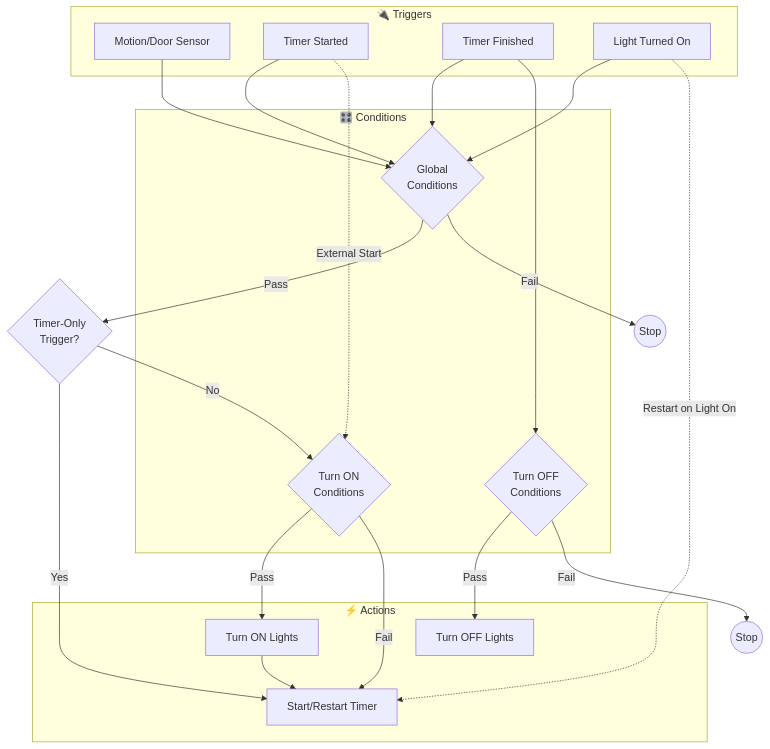
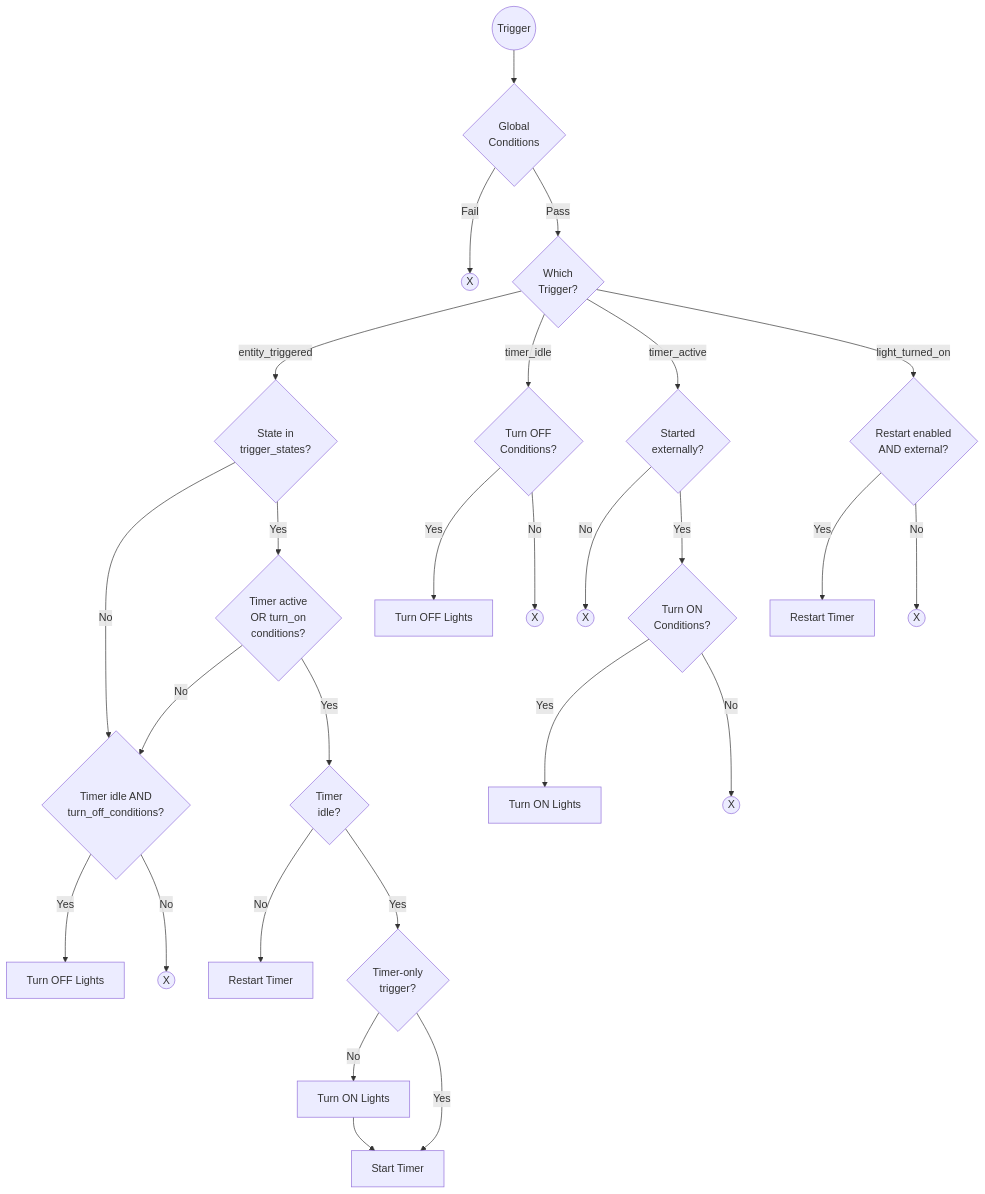
Before and after one commit to dimatx/home-assistant: the diagram in README.md, drawn with Mermaid.

Commit message:
fix mermaid diagram

````diff
--- a/README.md
+++ b/README.md
@@ -90,44 +90,37 @@
 ```mermaid
 flowchart TD
-    subgraph Triggers["🔌 Triggers"]
-        T1["Motion/Door Sensor"]
-        T2["Timer Started"]
-        T3["Timer Finished"]
-        T4["Light Turned On"]
-    end
+    START(("Trigger")) --> GC{"Global<br/>Conditions"}
+    GC -->|Fail| STOP(("X"))
+    GC -->|Pass| WHICH{"Which<br/>Trigger?"}
 
-    subgraph Conditions["🎛️ Conditions"]
-        GC{"Global<br/>Conditions"}
-        ON{"Turn ON<br/>Conditions"}
-        OFF{"Turn OFF<br/>Conditions"}
-    end
+    %% entity_triggered path
+    WHICH -->|entity_triggered| STATE{"State in<br/>trigger_states?"}
+    STATE -->|No| B4_CHECK
+    STATE -->|Yes| ACTIVE{"Timer active<br/>OR turn_on<br/>conditions?"}
+    ACTIVE -->|No| B4_CHECK{"Timer idle AND<br/>turn_off_conditions?"}
+    ACTIVE -->|Yes| IDLE{"Timer<br/>idle?"}
+    IDLE -->|No| TIMER["Restart Timer"]
+    IDLE -->|Yes| TIMERONLY{"Timer-only<br/>trigger?"}
+    TIMERONLY -->|No| LIGHTON["Turn ON Lights"] --> TIMER2["Start Timer"]
+    TIMERONLY -->|Yes| TIMER2
+    
+    B4_CHECK -->|Yes| LIGHTOFF2["Turn OFF Lights"]
+    B4_CHECK -->|No| STOP2(("X"))
 
-    subgraph Actions["⚡ Actions"]
-        A1["Start/Restart Timer"]
-        A2["Turn ON Lights"]
-        A3["Turn OFF Lights"]
-    end
+    %% timer_idle path
+    WHICH -->|timer_idle| OFFCHECK{"Turn OFF<br/>Conditions?"}
+    OFFCHECK -->|Yes| LIGHTOFF["Turn OFF Lights"]
+    OFFCHECK -->|No| STOP3(("X"))
 
-    T1 --> GC
-    T2 --> GC
-    T3 --> GC
-    T4 --> GC
+    %% timer_active path - external only
+    WHICH -->|timer_active| EXT_CHECK{"Started<br/>externally?"}
+    EXT_CHECK -->|No| STOP6(("X"))
+    EXT_CHECK -->|Yes| ONCHECK{"Turn ON<br/>Conditions?"}
+    ONCHECK -->|Yes| LIGHTON2["Turn ON Lights"]
+    ONCHECK -->|No| STOP4(("X"))
 
-    GC -->|Pass| B1{"Timer-Only<br/>Trigger?"}
-    GC -->|Fail| STOP1(("Stop"))
-
-    B1 -->|No| ON
-    B1 -->|Yes| A1
-    
-    ON -->|Pass| A2
-    ON -->|Fail| A1
-    A2 --> A1
-
-    T2 -.->|External Start| ON
-    
-    T3 --> OFF
-    OFF -->|Pass| A3
-    OFF -->|Fail| STOP2(("Stop"))
-
-    T4 -.->|Restart on Light On| A1
+    %% light_turned_on path
+    WHICH -->|light_turned_on| RESTART_CHECK{"Restart enabled<br/>AND external?"}
+    RESTART_CHECK -->|Yes| RESTART["Restart Timer"]
+    RESTART_CHECK -->|No| STOP5(("X"))
 ```
````
